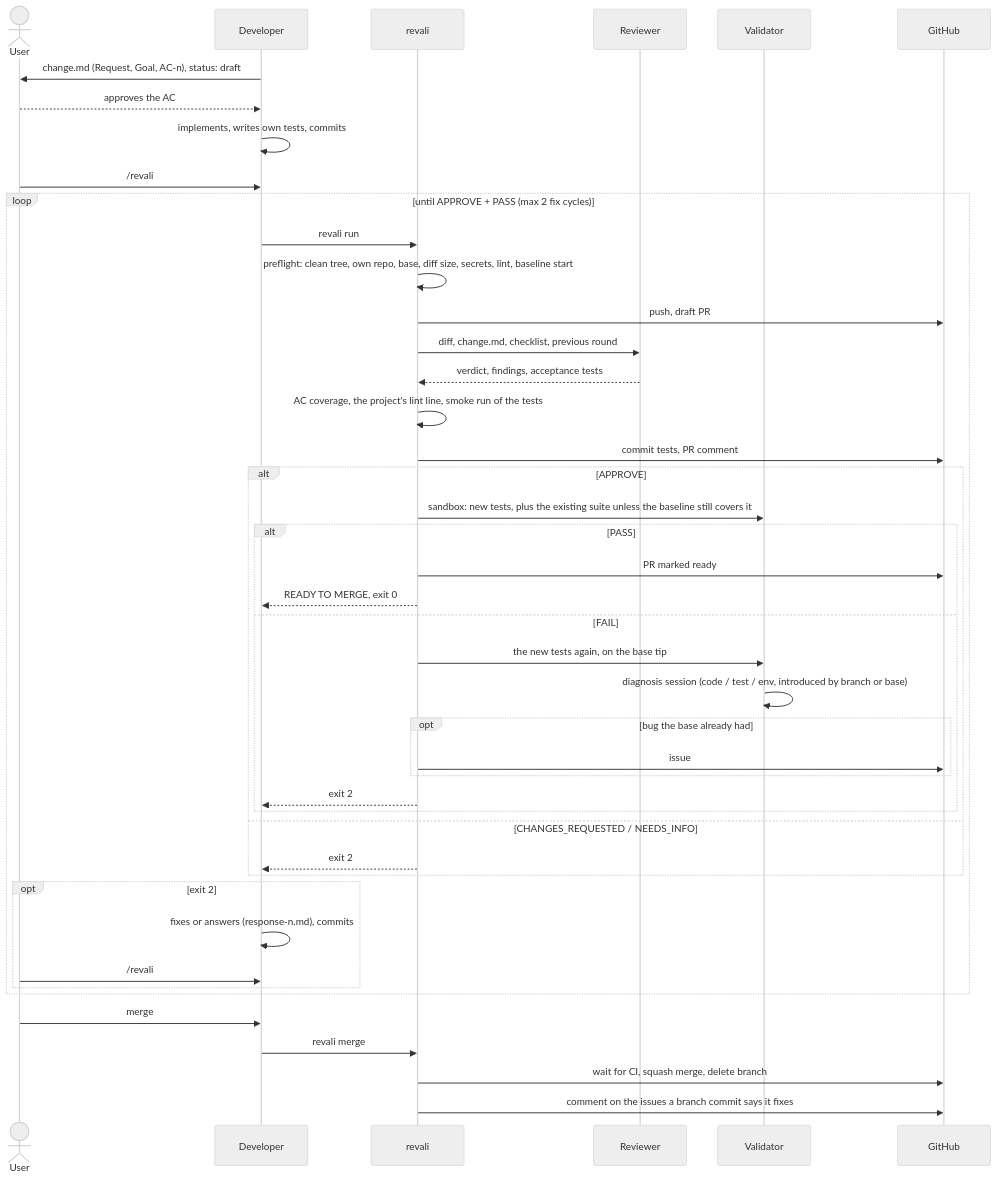
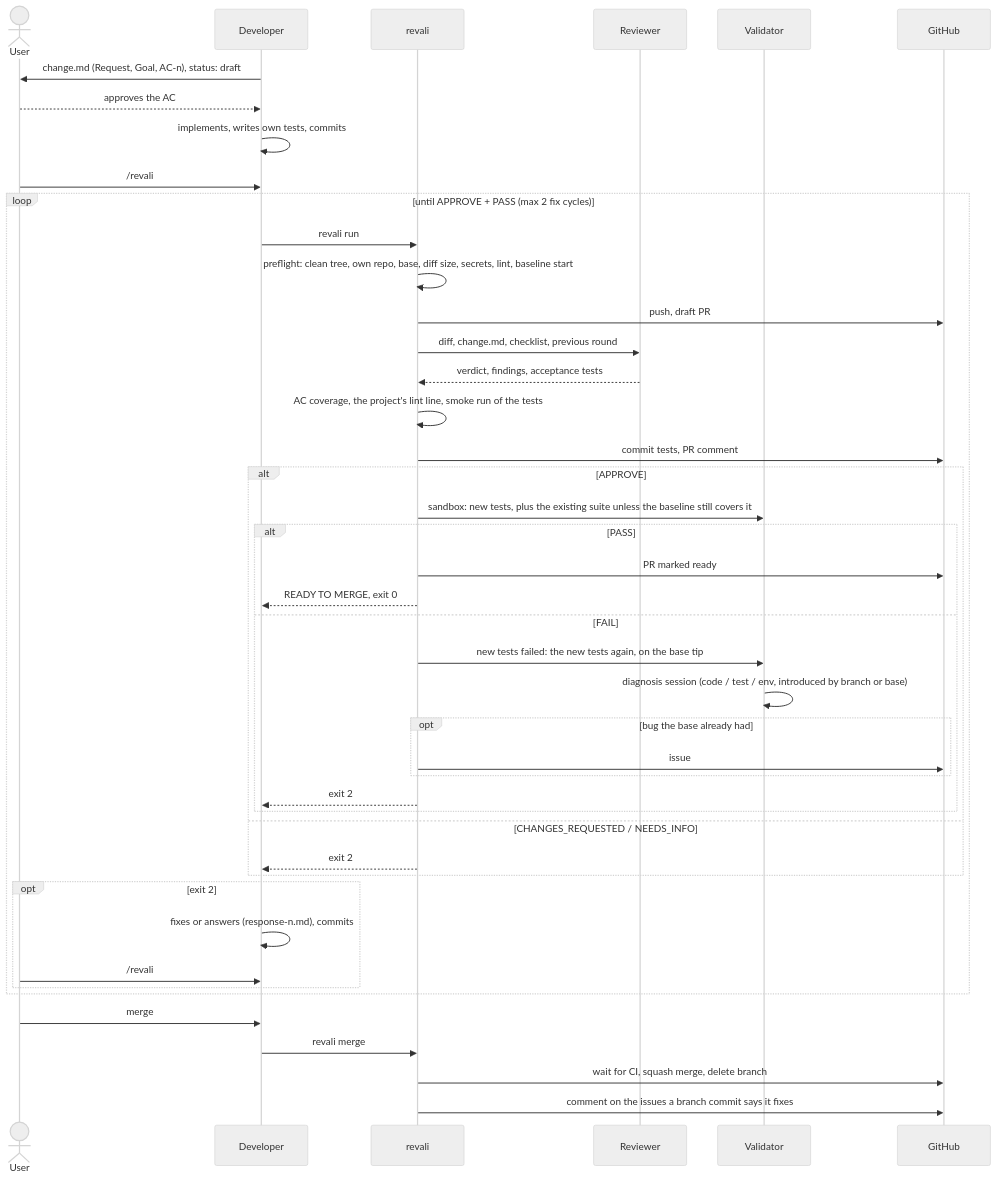
Before and after one commit to ianmhuang/revali: the diagram in README.md, drawn with Mermaid (neutral theme). The commit also changed other lines of this file and 9 other files, not shown here.

````diff
--- a/README.md
+++ b/README.md
@@ -31,47 +33,47 @@
 ```mermaid
 sequenceDiagram
     actor U as User
     participant D as Developer
     participant R as revali
     participant B as Reviewer
     participant V as Validator
     participant G as GitHub
 
     D->>U: change.md (Request, Goal, AC-n), status: draft
     U-->>D: approves the AC
     D->>D: implements, writes own tests, commits
     U->>D: /revali
     loop until APPROVE + PASS (max 2 fix cycles)
         D->>R: revali run
         R->>R: preflight: clean tree, own repo, base, diff size, secrets, lint, baseline start
         R->>G: push, draft PR
         R->>B: diff, change.md, checklist, previous round
         B-->>R: verdict, findings, acceptance tests
         R->>R: AC coverage, the project's lint line, smoke run of the tests
         R->>G: commit tests, PR comment
         alt APPROVE
             R->>V: sandbox: new tests, plus the existing suite unless the baseline still covers it
             alt PASS
                 R->>G: PR marked ready
                 R-->>D: READY TO MERGE, exit 0
             else FAIL
-                R->>V: the new tests again, on the base tip
+                R->>V: new tests failed: the new tests again, on the base tip
                 V->>V: diagnosis session (code / test / env, introduced by branch or base)
                 opt bug the base already had
                     R->>G: issue
                 end
                 R-->>D: exit 2
             end
         else CHANGES_REQUESTED / NEEDS_INFO
             R-->>D: exit 2
         end
         opt exit 2
             D->>D: fixes or answers (response-n.md), commits
             U->>D: /revali
         end
     end
     U->>D: merge
     D->>R: revali merge
     R->>G: wait for CI, squash merge, delete branch
     R->>G: comment on the issues a branch commit says it fixes
 ```
````
